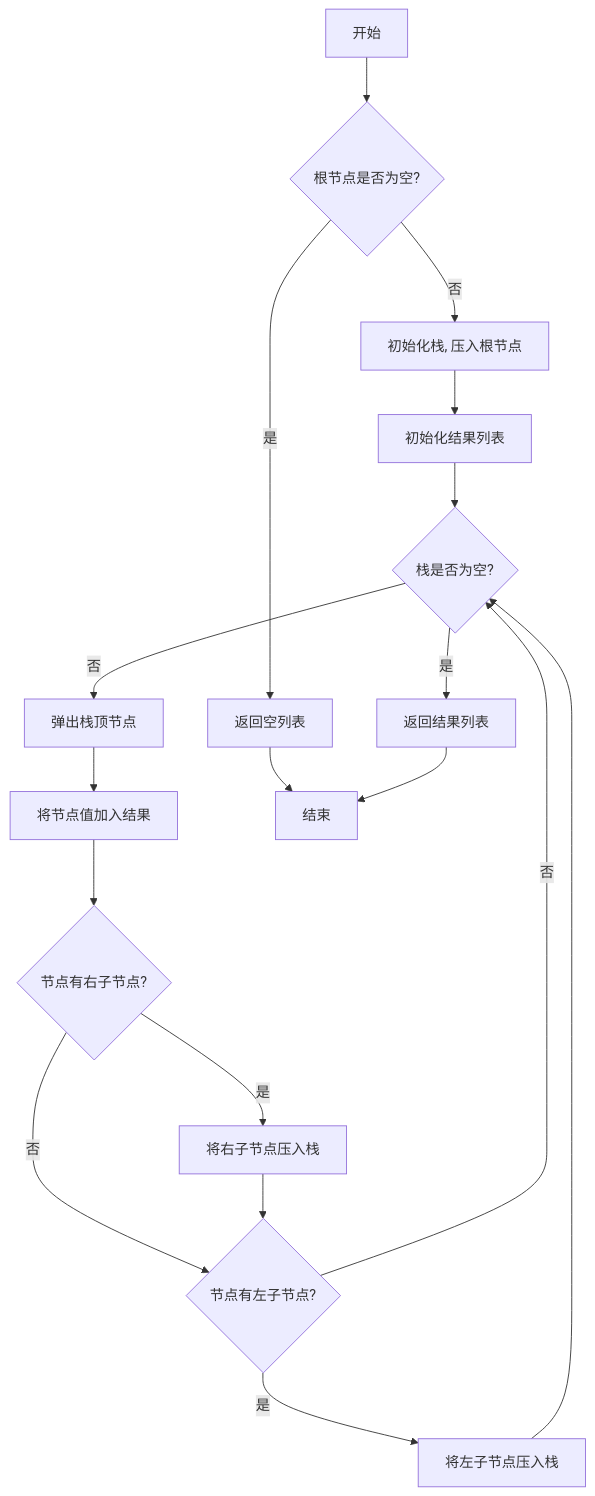
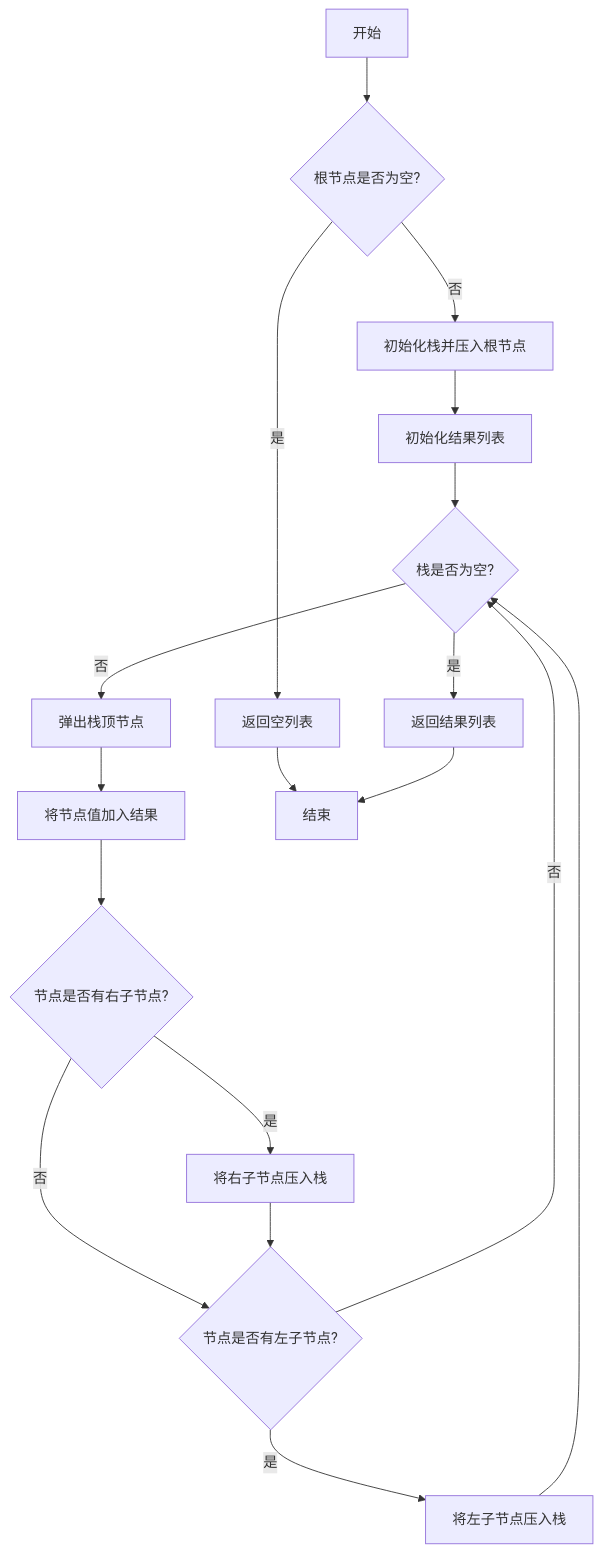
The diagram in interview/labuladong/打卡/16-二叉树/0144.md (UlricYang/octarine-sync), drawn with Mermaid before and after one commit. The commit also changed other lines of this file and 9 other files, not shown here.

````diff
--- a/interview/labuladong/打卡/16-二叉树/0144.md
+++ b/interview/labuladong/打卡/16-二叉树/0144.md
@@ -269,20 +299,20 @@
 ```mermaid
 graph TD
     A[开始] --> B{根节点是否为空?};
     B -- 是 --> C[返回空列表];
-    B -- 否 --> D[初始化栈, 压入根节点];
+    B -- 否 --> D[初始化栈并压入根节点];
     D --> E[初始化结果列表];
     E --> F{栈是否为空?};
     F -- 否 --> G[弹出栈顶节点];
     G --> H[将节点值加入结果];
-    H --> I{节点有右子节点?};
+    H --> I{节点是否有右子节点?};
     I -- 是 --> J[将右子节点压入栈];
-    I -- 否 --> K{节点有左子节点?};
+    I -- 否 --> K{节点是否有左子节点?};
     J --> K;
     K -- 是 --> L[将左子节点压入栈];
     K -- 否 --> F;
     L --> F;
     F -- 是 --> M[返回结果列表];
     C --> N[结束];
     M --> N;
 ```
````
